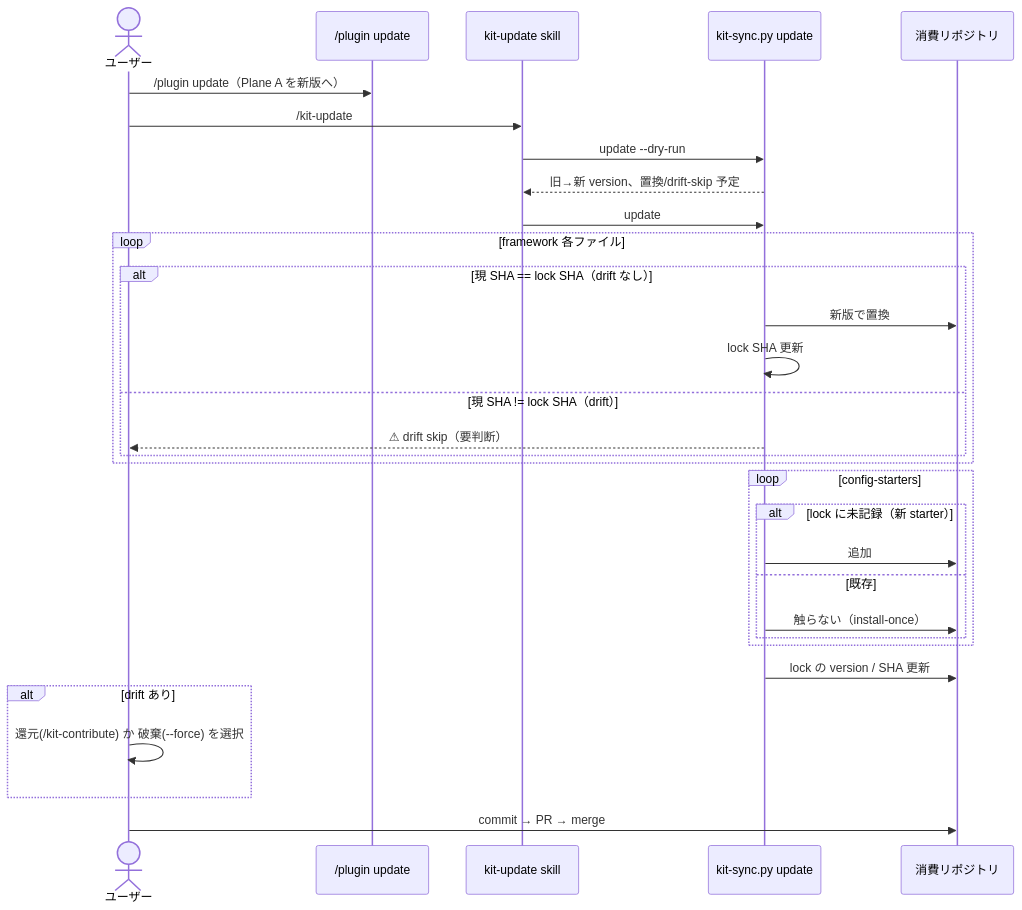
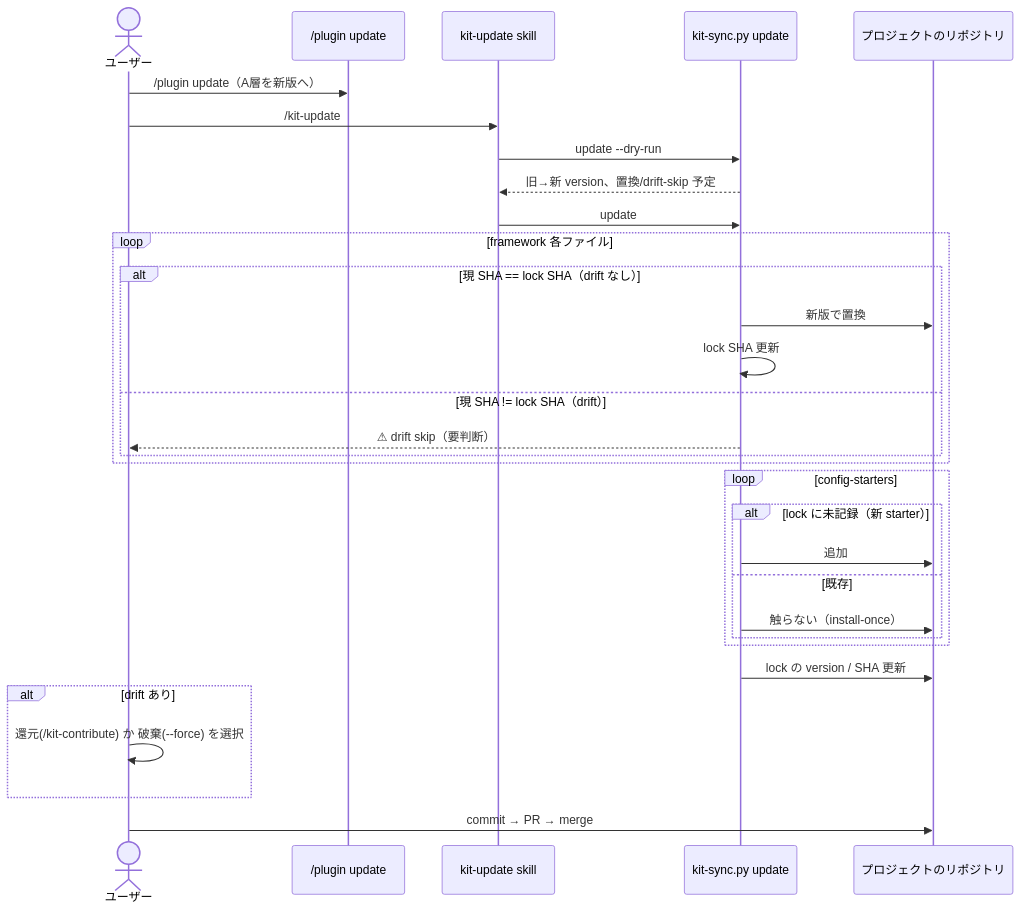
The fourth of 6 diagrams in docs/architecture.md (aRaikoFunakami/team-dev-kit), drawn with Mermaid before and after one commit. The commit also changed other lines of this file, not shown here.

First line of the commit message:
docs(architecture): 用語を A層/B層 に統一し全体像セクションを追加

````diff
--- a/docs/architecture.md
+++ b/docs/architecture.md
@@ -188,34 +235,34 @@
 ```mermaid
 sequenceDiagram
     actor U as ユーザー
     participant PL as /plugin update
     participant S as kit-update skill
     participant P as kit-sync.py update
-    participant FS as 消費リポジトリ
+    participant FS as プロジェクトのリポジトリ
 
-    U->>PL: /plugin update（Plane A を新版へ）
+    U->>PL: /plugin update（A層を新版へ）
     U->>S: /kit-update
     S->>P: update --dry-run
     P-->>S: 旧→新 version、置換/drift-skip 予定
     S->>P: update
     loop framework 各ファイル
         alt 現 SHA == lock SHA（drift なし）
             P->>FS: 新版で置換
             P->>P: lock SHA 更新
         else 現 SHA != lock SHA（drift）
             P-->>U: ⚠ drift skip（要判断）
         end
     end
     loop config-starters
         alt lock に未記録（新 starter）
             P->>FS: 追加
         else 既存
             P->>FS: 触らない（install-once）
         end
     end
     P->>FS: lock の version / SHA 更新
     alt drift あり
         U->>U: 還元(/kit-contribute) か 破棄(--force) を選択
     end
     U->>FS: commit → PR → merge
 ```
````
